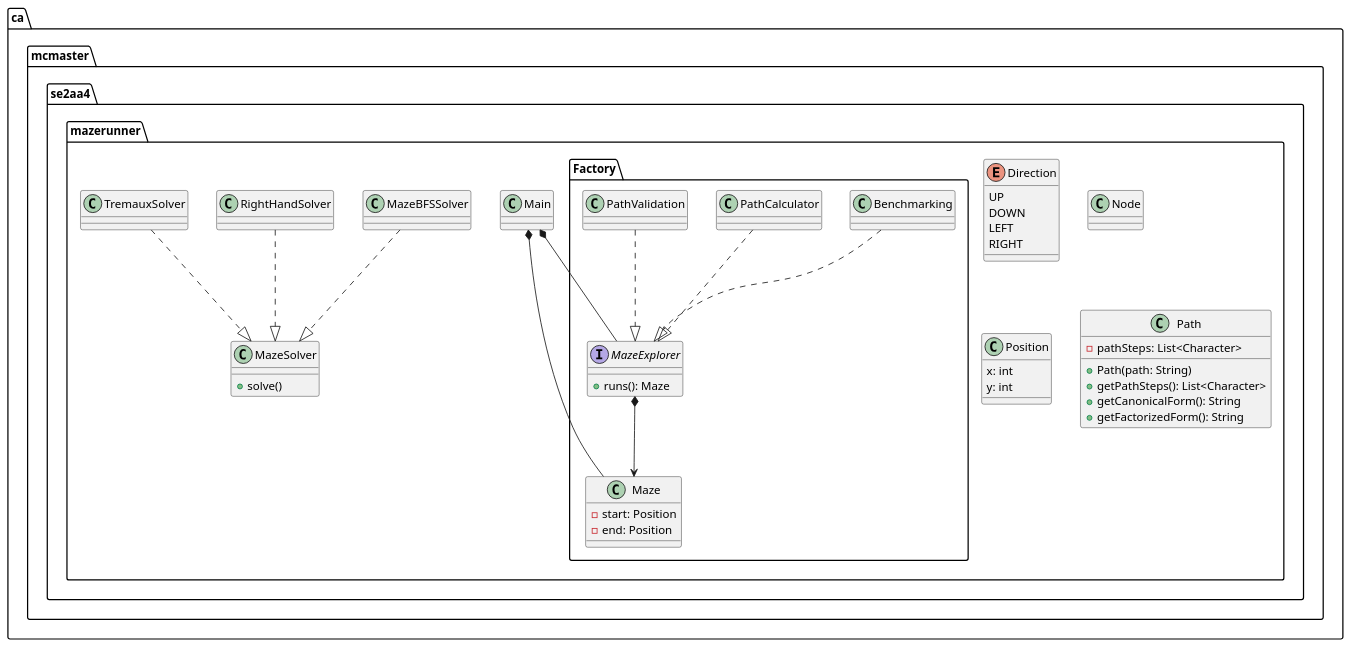
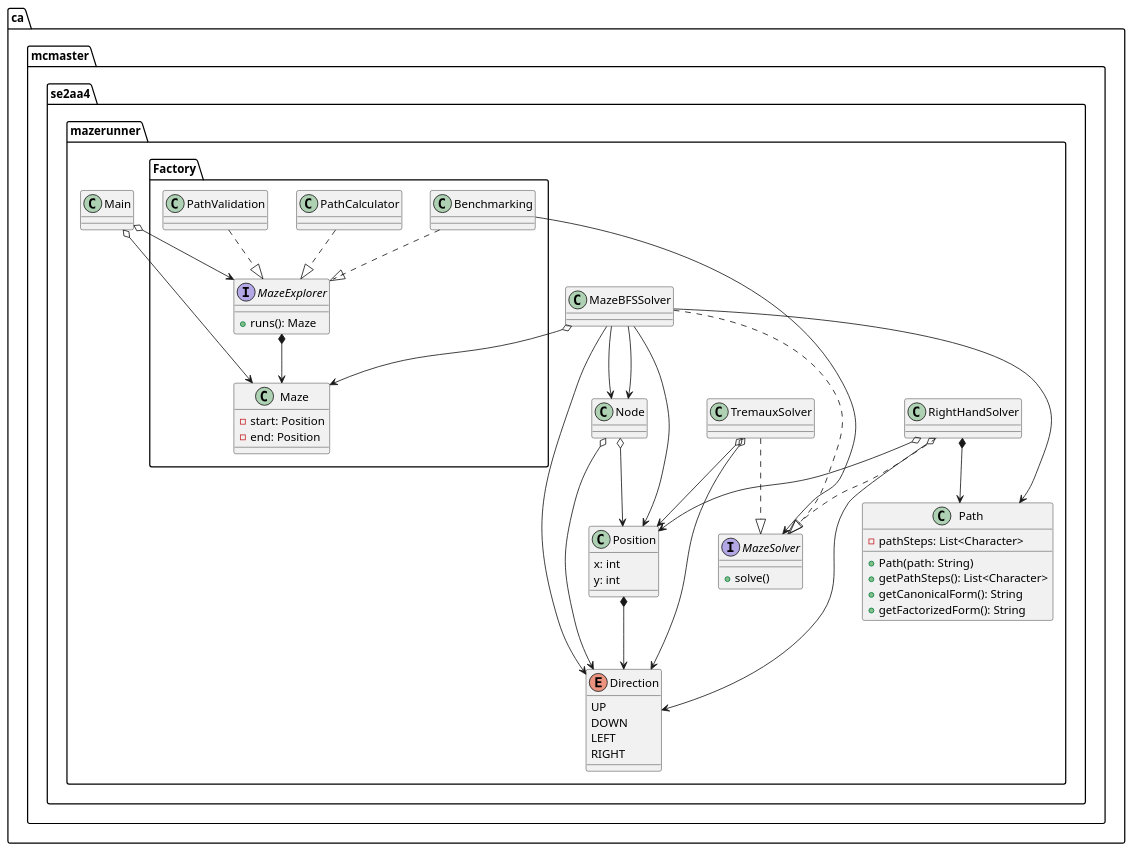
The diagram in src/main/java/ca/mcmaster/se2aa4/mazerunner/ClassDiagram.puml (xSankalpaD/Maze-Runner), drawn with PlantUML before and after one commit.

Commit message:
#12 #13 added uml and cleaned up

```diff
--- a/src/main/java/ca/mcmaster/se2aa4/mazerunner/ClassDiagram.puml
+++ b/src/main/java/ca/mcmaster/se2aa4/mazerunner/ClassDiagram.puml
@@ -1,84 +1,109 @@
 @startuml
 package "ca.mcmaster.se2aa4.mazerunner" {
     enum Direction {
         UP
         DOWN
         LEFT
         RIGHT
         
     }
 
     
     class Node {
         
     }
 
     class Position {
         x: int
         y: int
         
     }
 
     class Path {
         -pathSteps: List<Character>
         +Path(path: String)
         +getPathSteps(): List<Character>
         +getCanonicalForm(): String
         +getFactorizedForm(): String
     }
     class MazeBFSSolver{
 
     } 
     class Main{
 
     }
-    class MazeSolver{
+    interface MazeSolver{
         +solve()
     }
     class RightHandSolver{
 
     }
     class TremauxSolver{
 
     }
     package "ca.mcmaster.se2aa4.mazerunner.Factory" {
         interface MazeExplorer {
             +runs(): Maze
         }
 
         class Benchmarking {
         
         }   
 
         class PathCalculator {
         
         }
         class PathValidation{
 
         }
         class Maze {
         
         -start: Position
         -end: Position
         
         }
 
     }
 }
 
 
 
 Benchmarking ..|> MazeExplorer
 PathCalculator ..|> MazeExplorer
 PathValidation ..|> MazeExplorer
 
+Benchmarking --> MazeSolver
+
 MazeBFSSolver ..|> MazeSolver
 RightHandSolver ..|> MazeSolver
 TremauxSolver ..|> MazeSolver
 
 MazeExplorer *--> Maze
 
-Main *-- Maze
-Main *-- MazeExplorer
+Main o--> Maze
+Main o--> MazeExplorer
 
+MazeBFSSolver o--> Maze
+MazeBFSSolver --> Node
+MazeBFSSolver --> Path
+MazeBFSSolver --> Node
+MazeBFSSolver --> Direction
+MazeBFSSolver --> Position
+
+Node o--> Direction
+Node o--> Position
+
+Position *--> Direction
+
+RightHandSolver *--> Path
+RightHandSolver o--> Direction
+RightHandSolver o--> Position
+
+TremauxSolver o--> Direction
+TremauxSolver o--> Position
+
+
+
+
+ 
 @enduml
```
